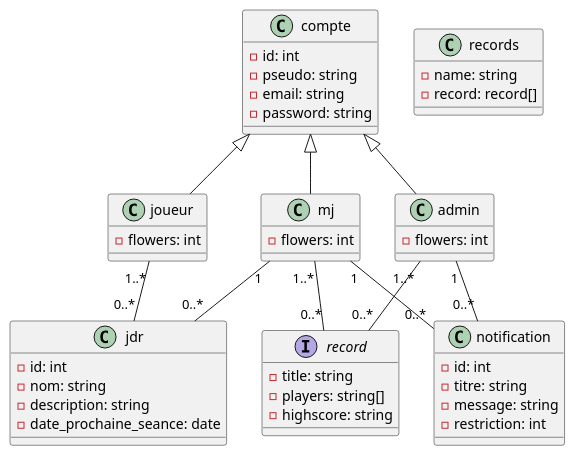
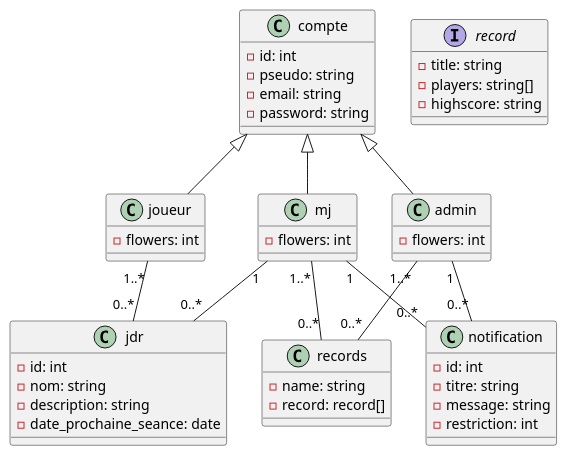
The diagram in diagramme des classes.puml (MaximeGondariz/Chroniques-Edelweiss), drawn with PlantUML before and after one commit.

Commit message:
problème diagramme classes résolue

```diff
--- a/diagramme des classes.puml
+++ b/diagramme des classes.puml
@@ -1,61 +1,61 @@
 @startuml
 
 class compte{
     -id: int
     -pseudo: string
     -email: string
     -password: string
 }
 
 class jdr{
     -id: int
     -nom: string
     -description: string
     -date_prochaine_seance: date
 }
 
 class notification{
     -id: int
     -titre: string
     -message: string
     -restriction: int
 }
 
 class records{
     -name: string
     -record: record[]
 }
 
 interface record{
     -title: string
     -players: string[]
     -highscore: string
 }
 
 class joueur{
     -flowers: int
 }
 
 class mj{
     -flowers: int
 
 }
 
 class admin{
     -flowers: int
 }
 
 compte <|-- admin
 compte <|-- joueur
 compte <|-- mj
 
 joueur "1..*" --  "0..*" jdr
 mj "1" --  "0..*" jdr
 
 mj "1" -- "0..*" notification
 admin "1" -- "0..*" notification
 
-mj "1..*" -- "0..*" record
-admin "1..*" -- "0..*" record
+mj "1..*" -- "0..*" records
+admin "1..*" -- "0..*" records
 
 @enduml
```
